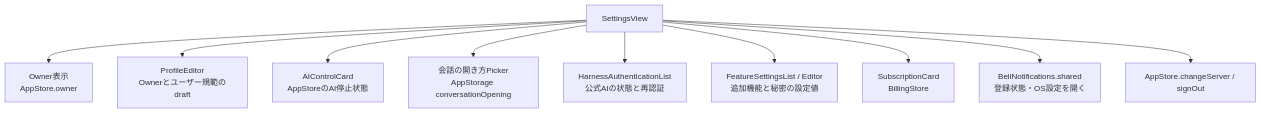
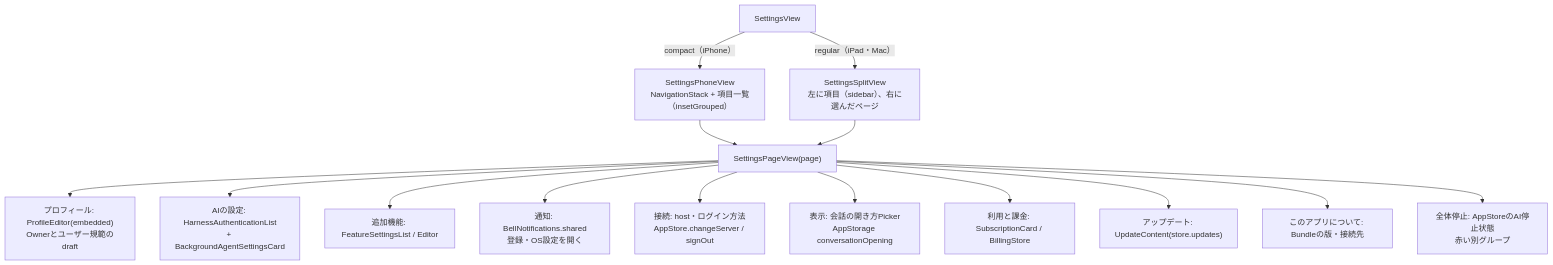
Before and after one commit to kitepon/BellTeam: the first of 5 diagrams in docs/architecture/modules/apple/settings-and-profile.md, drawn with Mermaid. The commit also changed other lines of this file and 15 other files, not shown here.

Commit message:
WIP: settings preview data, UI test entry ids, diagram, Mac editor sheet sizing (Mac build of settings passed before this commit)

````diff
--- a/docs/architecture/modules/apple/settings-and-profile.md
+++ b/docs/architecture/modules/apple/settings-and-profile.md
@@ -7,12 +7,17 @@
 ```mermaid
 flowchart TD
-  Settings["SettingsView"] --> Owner["Owner表示<br/>AppStore.owner"]
-  Settings --> Profile["ProfileEditor<br/>Ownerとユーザー規範のdraft"]
-  Settings --> Control["AIControlCard<br/>AppStoreのAI停止状態"]
-  Settings --> Opening["会話の開き方Picker<br/>AppStorage conversationOpening"]
-  Settings --> Auth["HarnessAuthenticationList<br/>公式AIの状態と再認証"]
-  Settings --> Features["FeatureSettingsList / Editor<br/>追加機能と秘密の設定値"]
-  Settings --> Billing["SubscriptionCard<br/>BillingStore"]
-  Settings --> Push["BellNotifications.shared<br/>登録状態・OS設定を開く"]
-  Settings --> Session["AppStore.changeServer / signOut"]
+  Settings["SettingsView"] -->|"compact（iPhone）"| Phone["SettingsPhoneView<br/>NavigationStack + 項目一覧（insetGrouped）"]
+  Settings -->|"regular（iPad・Mac）"| Split["SettingsSplitView<br/>左に項目（sidebar）、右に選んだページ"]
+  Phone --> Page["SettingsPageView(page)"]
+  Split --> Page
+  Page --> Profile["プロフィール: ProfileEditor(embedded)<br/>Ownerとユーザー規範のdraft"]
+  Page --> AI["AIの設定: HarnessAuthenticationList<br/>+ BackgroundAgentSettingsCard"]
+  Page --> Features["追加機能: FeatureSettingsList / Editor"]
+  Page --> Push["通知: BellNotifications.shared<br/>登録・OS設定を開く"]
+  Page --> Session["接続: host・ログイン方法<br/>AppStore.changeServer / signOut"]
+  Page --> Opening["表示: 会話の開き方Picker<br/>AppStorage conversationOpening"]
+  Page --> Billing["利用と課金: SubscriptionCard / BillingStore"]
+  Page --> Update["アップデート: UpdateContent(store.updates)"]
+  Page --> About["このアプリについて: Bundleの版・接続先"]
+  Page --> Control["全体停止: AppStoreのAI停止状態<br/>赤い別グループ"]
 ```
````
